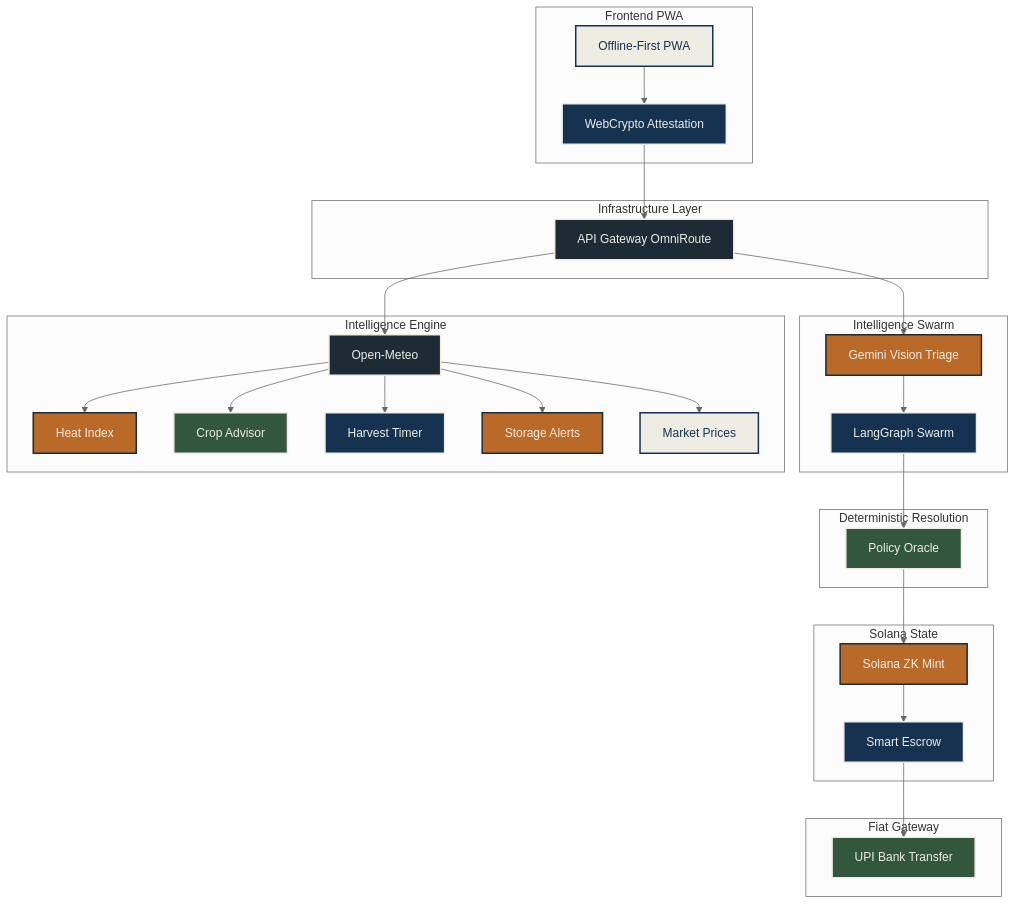
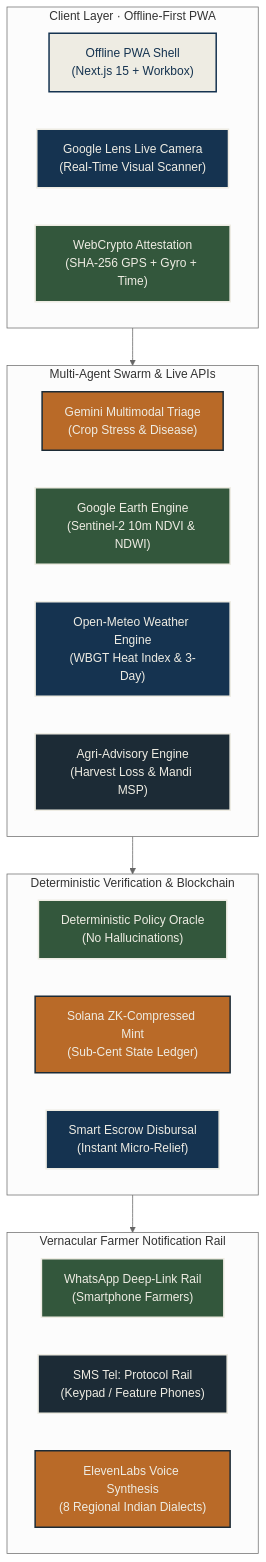
Before and after one commit to Ayushnot41/AetherWave: the first of 2 diagrams in README.md, drawn with Mermaid (neutral theme). The commit also changed other lines of this file and 22 other files, not shown here.

First line of the commit message:
fix(auth): audit & fix OTP login flow, add Google Lens scanner, and render 3D Three.js assets

````diff
--- a/README.md
+++ b/README.md
@@ -138,65 +36,37 @@
 ```mermaid
 flowchart TD
-    %% Define styles based on institutional design language
     classDef auth fill:#153350,stroke:#EEECE3,stroke-width:2px,color:#EEECE3
     classDef ochre fill:#B96A28,stroke:#1C2B36,stroke-width:2px,color:#EEECE3
     classDef forest fill:#33573C,stroke:#EEECE3,stroke-width:2px,color:#EEECE3
     classDef ink fill:#1C2B36,stroke:#EEECE3,stroke-width:2px,color:#EEECE3
     classDef light fill:#EEECE3,stroke:#153350,stroke-width:2px,color:#153350
 
-    %% Nodes
-    subgraph Client ["Frontend PWA"]
-        PWA[Offline-First PWA]:::light
-        Crypto[WebCrypto Attestation]:::auth
+    subgraph Client ["Client Layer · Offline-First PWA"]
+        PWA["Offline PWA Shell<br/>(Next.js 15 + Workbox)"]:::light
+        Lens["Google Lens Live Camera<br/>(Real-Time Visual Scanner)"]:::auth
+        Sensors["WebCrypto Attestation<br/>(SHA-256 GPS + Gyro + Time)"]:::forest
     end
 
-    subgraph Gateway ["Infrastructure Layer"]
-        AG[API Gateway OmniRoute]:::ink
+    subgraph Intelligence ["Multi-Agent Swarm & Live APIs"]
+        Gemini["Gemini Multimodal Triage<br/>(Crop Stress & Disease)"]:::ochre
+        GEE["Google Earth Engine<br/>(Sentinel-2 10m NDVI & NDWI)"]:::forest
+        Weather["Open-Meteo Weather Engine<br/>(WBGT Heat Index & 3-Day)"]:::auth
+        Advisor["Agri-Advisory Engine<br/>(Harvest Loss & Mandi MSP)"]:::ink
     end
 
-    subgraph AI ["Intelligence Swarm"]
-        Gemini[Gemini Vision Triage]:::ochre
-        LG[LangGraph Swarm]:::auth
+    subgraph Resolution ["Deterministic Verification & Blockchain"]
+        Oracle["Deterministic Policy Oracle<br/>(No Hallucinations)"]:::forest
+        Solana["Solana ZK-Compressed Mint<br/>(Sub-Cent State Ledger)"]:::ochre
+        Escrow["Smart Escrow Disbursal<br/>(Instant Micro-Relief)"]:::auth
     end
 
-    subgraph Oracle ["Deterministic Resolution"]
-        PO[Policy Oracle]:::forest
+    subgraph Notifications ["Vernacular Farmer Notification Rail"]
+        WA["WhatsApp Deep-Link Rail<br/>(Smartphone Farmers)"]:::forest
+        SMS["SMS Tel: Protocol Rail<br/>(Keypad / Feature Phones)"]:::ink
+        Voice["ElevenLabs Voice Synthesis<br/>(8 Regional Indian Dialects)"]:::ochre
     end
 
-    subgraph Blockchain ["Solana State"]
-        ZK[Solana ZK Mint]:::ochre
-        Escrow[Smart Escrow]:::auth
-    end
-
-    subgraph Disbursal ["Fiat Gateway"]
-        UPI[UPI Bank Transfer]:::forest
-    end
-
-    subgraph Weather ["Intelligence Engine"]
-        OM[Open-Meteo]:::ink
-        HI[Heat Index]:::ochre
-        CA[Crop Advisor]:::forest
-        HT[Harvest Timer]:::auth
-        SA[Storage Alerts]:::ochre
-        MP[Market Prices]:::light
-    end
-
-    %% Connections
-    PWA --> Crypto
-    Crypto --> AG
-    
-    AG --> Gemini
-    AG --> OM
-    
-    Gemini --> LG
-    LG --> PO
-    PO --> ZK
-    ZK --> Escrow
-    Escrow --> UPI
-    
-    OM --> HI
-    OM --> CA
-    OM --> HT
-    OM --> SA
-    OM --> MP
+    Client --> Intelligence
+    Intelligence --> Resolution
+    Resolution --> Notifications
 ```
````
